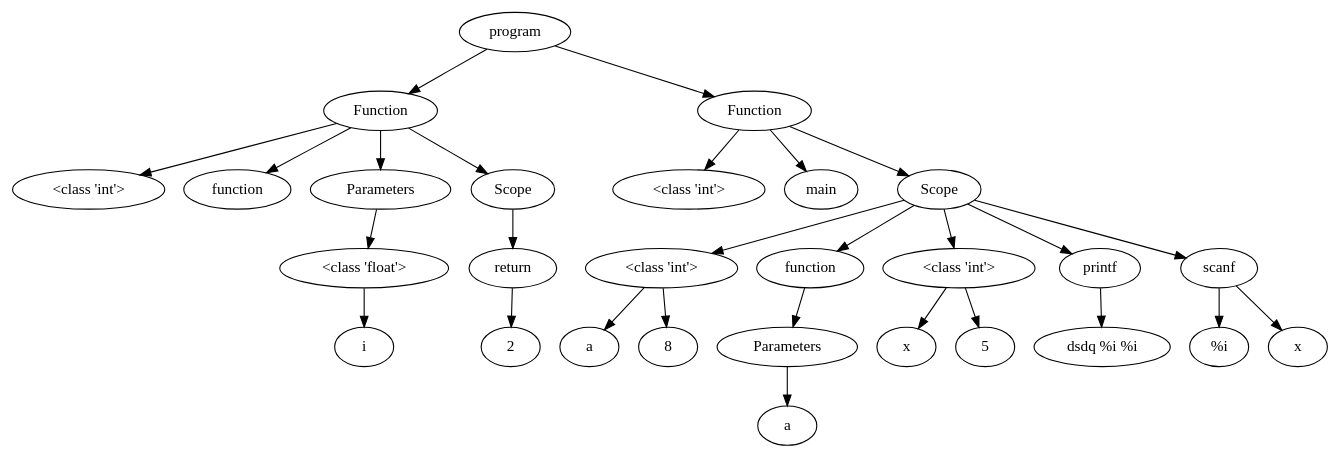
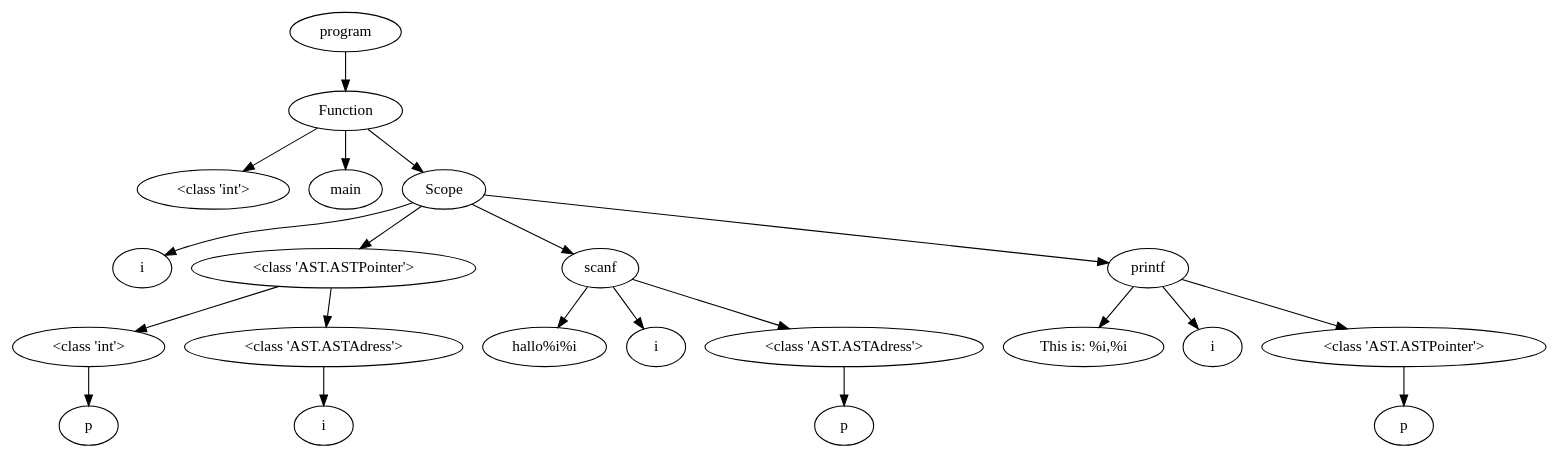
The diagram in OutputFiles/dotVisualization.dot (NielsVandenBroeck/COMP_Compiler), drawn with Graphviz before and after one commit. The commit also changed 13 other files, not shown here.

Commit message:
scanf en printf redo

```diff
--- a/OutputFiles/dotVisualization.dot
+++ b/OutputFiles/dotVisualization.dot
@@ -1,70 +1,52 @@
 digraph G { 
-"<AST.AST object at 0x000002017882ED30> (0)"[label="program"]
-"<AST.ASTFunction object at 0x000002017882EC70> (1)"[label="Function"]
-"<AST.AST object at 0x000002017882ED30> (0)"->"<AST.ASTFunction object at 0x000002017882EC70> (1)"
-"<AST.ASTFunction object at 0x000002017882EC70> (1)"[label="Function"]
-"<AST.ASTDataType object at 0x000002017882EE20> (2)"[label="<class 'int'>"]
-"<AST.ASTFunction object at 0x000002017882EC70> (1)"->"<AST.ASTDataType object at 0x000002017882EE20> (2)"
-"<AST.ASTFunctionName object at 0x000002017882EF70> (2)"[label="function"]
-"<AST.ASTFunction object at 0x000002017882EC70> (1)"->"<AST.ASTFunctionName object at 0x000002017882EF70> (2)"
-"<AST.ASTParameters object at 0x000002017882EFD0> (2)"[label="Parameters"]
-"<AST.ASTFunction object at 0x000002017882EC70> (1)"->"<AST.ASTParameters object at 0x000002017882EFD0> (2)"
-"<AST.ASTParameters object at 0x000002017882EFD0> (2)"[label="Parameters"]
-"<AST.ASTDataType object at 0x000002017883C190> (3)"[label="<class 'float'>"]
-"<AST.ASTParameters object at 0x000002017882EFD0> (2)"->"<AST.ASTDataType object at 0x000002017883C190> (3)"
-"<AST.ASTDataType object at 0x000002017883C190> (3)"[label="<class 'float'>"]
-"<AST.ASTVariable object at 0x000002017883C0A0> (4)"[label="i"]
-"<AST.ASTDataType object at 0x000002017883C190> (3)"->"<AST.ASTVariable object at 0x000002017883C0A0> (4)"
-"<AST.ASTScope object at 0x000002017883C070> (2)"[label="Scope"]
-"<AST.ASTFunction object at 0x000002017882EC70> (1)"->"<AST.ASTScope object at 0x000002017883C070> (2)"
-"<AST.ASTScope object at 0x000002017883C070> (2)"[label="Scope"]
-"<AST.ASTReturn object at 0x000002017883C220> (3)"[label="return"]
-"<AST.ASTScope object at 0x000002017883C070> (2)"->"<AST.ASTReturn object at 0x000002017883C220> (3)"
-"<AST.ASTReturn object at 0x000002017883C220> (3)"[label="return"]
-"<AST.ASTInt object at 0x000002017883C250> (4)"[label="2"]
-"<AST.ASTReturn object at 0x000002017883C220> (3)"->"<AST.ASTInt object at 0x000002017883C250> (4)"
-"<AST.ASTFunction object at 0x000002017883C1C0> (1)"[label="Function"]
-"<AST.AST object at 0x000002017882ED30> (0)"->"<AST.ASTFunction object at 0x000002017883C1C0> (1)"
-"<AST.ASTFunction object at 0x000002017883C1C0> (1)"[label="Function"]
-"<AST.ASTDataType object at 0x000002017883C370> (2)"[label="<class 'int'>"]
-"<AST.ASTFunction object at 0x000002017883C1C0> (1)"->"<AST.ASTDataType object at 0x000002017883C370> (2)"
-"<AST.ASTFunctionName object at 0x000002017883C2E0> (2)"[label="main"]
-"<AST.ASTFunction object at 0x000002017883C1C0> (1)"->"<AST.ASTFunctionName object at 0x000002017883C2E0> (2)"
-"<AST.ASTScope object at 0x000002017883C400> (2)"[label="Scope"]
-"<AST.ASTFunction object at 0x000002017883C1C0> (1)"->"<AST.ASTScope object at 0x000002017883C400> (2)"
-"<AST.ASTScope object at 0x000002017883C400> (2)"[label="Scope"]
-"<AST.ASTDataType object at 0x000002017883C550> (3)"[label="<class 'int'>"]
-"<AST.ASTScope object at 0x000002017883C400> (2)"->"<AST.ASTDataType object at 0x000002017883C550> (3)"
-"<AST.ASTDataType object at 0x000002017883C550> (3)"[label="<class 'int'>"]
-"<AST.ASTVariable object at 0x000002017883C460> (4)"[label="a"]
-"<AST.ASTDataType object at 0x000002017883C550> (3)"->"<AST.ASTVariable object at 0x000002017883C460> (4)"
-"<AST.ASTInt object at 0x000002017883C520> (4)"[label="8"]
-"<AST.ASTDataType object at 0x000002017883C550> (3)"->"<AST.ASTInt object at 0x000002017883C520> (4)"
-"<AST.ASTFunctionName object at 0x000002017883C5E0> (3)"[label="function"]
-"<AST.ASTScope object at 0x000002017883C400> (2)"->"<AST.ASTFunctionName object at 0x000002017883C5E0> (3)"
-"<AST.ASTFunctionName object at 0x000002017883C5E0> (3)"[label="function"]
-"<AST.ASTParameters object at 0x000002017883C610> (4)"[label="Parameters"]
-"<AST.ASTFunctionName object at 0x000002017883C5E0> (3)"->"<AST.ASTParameters object at 0x000002017883C610> (4)"
-"<AST.ASTParameters object at 0x000002017883C610> (4)"[label="Parameters"]
-"<AST.ASTVariable object at 0x000002017883C730> (5)"[label="a"]
-"<AST.ASTParameters object at 0x000002017883C610> (4)"->"<AST.ASTVariable object at 0x000002017883C730> (5)"
-"<AST.ASTDataType object at 0x000002017883C700> (3)"[label="<class 'int'>"]
-"<AST.ASTScope object at 0x000002017883C400> (2)"->"<AST.ASTDataType object at 0x000002017883C700> (3)"
-"<AST.ASTDataType object at 0x000002017883C700> (3)"[label="<class 'int'>"]
-"<AST.ASTVariable object at 0x000002017883C670> (4)"[label="x"]
-"<AST.ASTDataType object at 0x000002017883C700> (3)"->"<AST.ASTVariable object at 0x000002017883C670> (4)"
-"<AST.ASTInt object at 0x000002017883C7C0> (4)"[label="5"]
-"<AST.ASTDataType object at 0x000002017883C700> (3)"->"<AST.ASTInt object at 0x000002017883C7C0> (4)"
-"<AST.ASTPrintf object at 0x000002017883C850> (3)"[label="printf"]
-"<AST.ASTScope object at 0x000002017883C400> (2)"->"<AST.ASTPrintf object at 0x000002017883C850> (3)"
-"<AST.ASTPrintf object at 0x000002017883C850> (3)"[label="printf"]
-"<AST.ASTText object at 0x000002017883C880> (4)"[label="dsdq %i %i"]
-"<AST.ASTPrintf object at 0x000002017883C850> (3)"->"<AST.ASTText object at 0x000002017883C880> (4)"
-"<AST.ASTPrintf object at 0x000002017883C8E0> (3)"[label="scanf"]
-"<AST.ASTScope object at 0x000002017883C400> (2)"->"<AST.ASTPrintf object at 0x000002017883C8E0> (3)"
-"<AST.ASTPrintf object at 0x000002017883C8E0> (3)"[label="scanf"]
-"<AST.ASTText object at 0x000002017883C9D0> (4)"[label="%i"]
-"<AST.ASTPrintf object at 0x000002017883C8E0> (3)"->"<AST.ASTText object at 0x000002017883C9D0> (4)"
-"<AST.ASTVariable object at 0x000002017883C970> (4)"[label="x"]
-"<AST.ASTPrintf object at 0x000002017883C8E0> (3)"->"<AST.ASTVariable object at 0x000002017883C970> (4)"
+"<AST.AST object at 0x0000012A48E64B80> (0)"[label="program"]
+"<AST.ASTFunction object at 0x0000012A48E643D0> (1)"[label="Function"]
+"<AST.AST object at 0x0000012A48E64B80> (0)"->"<AST.ASTFunction object at 0x0000012A48E643D0> (1)"
+"<AST.ASTFunction object at 0x0000012A48E643D0> (1)"[label="Function"]
+"<AST.ASTDataType object at 0x0000012A48E64A00> (2)"[label="<class 'int'>"]
+"<AST.ASTFunction object at 0x0000012A48E643D0> (1)"->"<AST.ASTDataType object at 0x0000012A48E64A00> (2)"
+"<AST.ASTFunctionName object at 0x0000012A48E64640> (2)"[label="main"]
+"<AST.ASTFunction object at 0x0000012A48E643D0> (1)"->"<AST.ASTFunctionName object at 0x0000012A48E64640> (2)"
+"<AST.ASTScope object at 0x0000012A48E64AC0> (2)"[label="Scope"]
+"<AST.ASTFunction object at 0x0000012A48E643D0> (1)"->"<AST.ASTScope object at 0x0000012A48E64AC0> (2)"
+"<AST.ASTScope object at 0x0000012A48E64AC0> (2)"[label="Scope"]
+"<AST.ASTVariable object at 0x0000012A48E64CA0> (3)"[label="i"]
+"<AST.ASTScope object at 0x0000012A48E64AC0> (2)"->"<AST.ASTVariable object at 0x0000012A48E64CA0> (3)"
+"<AST.ASTPointer object at 0x0000012A48E67790> (3)"[label="<class 'AST.ASTPointer'>"]
+"<AST.ASTScope object at 0x0000012A48E64AC0> (2)"->"<AST.ASTPointer object at 0x0000012A48E67790> (3)"
+"<AST.ASTPointer object at 0x0000012A48E67790> (3)"[label="<class 'AST.ASTPointer'>"]
+"<AST.ASTDataType object at 0x0000012A48E679A0> (4)"[label="<class 'int'>"]
+"<AST.ASTPointer object at 0x0000012A48E67790> (3)"->"<AST.ASTDataType object at 0x0000012A48E679A0> (4)"
+"<AST.ASTDataType object at 0x0000012A48E679A0> (4)"[label="<class 'int'>"]
+"<AST.ASTVariable object at 0x0000012A48E671F0> (5)"[label="p"]
+"<AST.ASTDataType object at 0x0000012A48E679A0> (4)"->"<AST.ASTVariable object at 0x0000012A48E671F0> (5)"
+"<AST.ASTAdress object at 0x0000012A48E67F40> (4)"[label="<class 'AST.ASTAdress'>"]
+"<AST.ASTPointer object at 0x0000012A48E67790> (3)"->"<AST.ASTAdress object at 0x0000012A48E67F40> (4)"
+"<AST.ASTAdress object at 0x0000012A48E67F40> (4)"[label="<class 'AST.ASTAdress'>"]
+"<AST.ASTVariable object at 0x0000012A48E67520> (5)"[label="i"]
+"<AST.ASTAdress object at 0x0000012A48E67F40> (4)"->"<AST.ASTVariable object at 0x0000012A48E67520> (5)"
+"<AST.ASTScanf object at 0x0000012A48E676A0> (3)"[label="scanf"]
+"<AST.ASTScope object at 0x0000012A48E64AC0> (2)"->"<AST.ASTScanf object at 0x0000012A48E676A0> (3)"
+"<AST.ASTScanf object at 0x0000012A48E676A0> (3)"[label="scanf"]
+"<AST.ASTText object at 0x0000012A48E67E20> (4)"[label="hallo%i%i"]
+"<AST.ASTScanf object at 0x0000012A48E676A0> (3)"->"<AST.ASTText object at 0x0000012A48E67E20> (4)"
+"<AST.ASTVariable object at 0x0000012A48E67E50> (4)"[label="i"]
+"<AST.ASTScanf object at 0x0000012A48E676A0> (3)"->"<AST.ASTVariable object at 0x0000012A48E67E50> (4)"
+"<AST.ASTAdress object at 0x0000012A48E67880> (4)"[label="<class 'AST.ASTAdress'>"]
+"<AST.ASTScanf object at 0x0000012A48E676A0> (3)"->"<AST.ASTAdress object at 0x0000012A48E67880> (4)"
+"<AST.ASTAdress object at 0x0000012A48E67880> (4)"[label="<class 'AST.ASTAdress'>"]
+"<AST.ASTVariable object at 0x0000012A48E67580> (5)"[label="p"]
+"<AST.ASTAdress object at 0x0000012A48E67880> (4)"->"<AST.ASTVariable object at 0x0000012A48E67580> (5)"
+"<AST.ASTPrintf object at 0x0000012A48E67A00> (3)"[label="printf"]
+"<AST.ASTScope object at 0x0000012A48E64AC0> (2)"->"<AST.ASTPrintf object at 0x0000012A48E67A00> (3)"
+"<AST.ASTPrintf object at 0x0000012A48E67A00> (3)"[label="printf"]
+"<AST.ASTText object at 0x0000012A48E674F0> (4)"[label="This is: %i,%i"]
+"<AST.ASTPrintf object at 0x0000012A48E67A00> (3)"->"<AST.ASTText object at 0x0000012A48E674F0> (4)"
+"<AST.ASTVariable object at 0x0000012A48E676D0> (4)"[label="i"]
+"<AST.ASTPrintf object at 0x0000012A48E67A00> (3)"->"<AST.ASTVariable object at 0x0000012A48E676D0> (4)"
+"<AST.ASTPointer object at 0x0000012A48E67EB0> (4)"[label="<class 'AST.ASTPointer'>"]
+"<AST.ASTPrintf object at 0x0000012A48E67A00> (3)"->"<AST.ASTPointer object at 0x0000012A48E67EB0> (4)"
+"<AST.ASTPointer object at 0x0000012A48E67EB0> (4)"[label="<class 'AST.ASTPointer'>"]
+"<AST.ASTVariable object at 0x0000012A48E67370> (5)"[label="p"]
+"<AST.ASTPointer object at 0x0000012A48E67EB0> (4)"->"<AST.ASTVariable object at 0x0000012A48E67370> (5)"
 }
```
